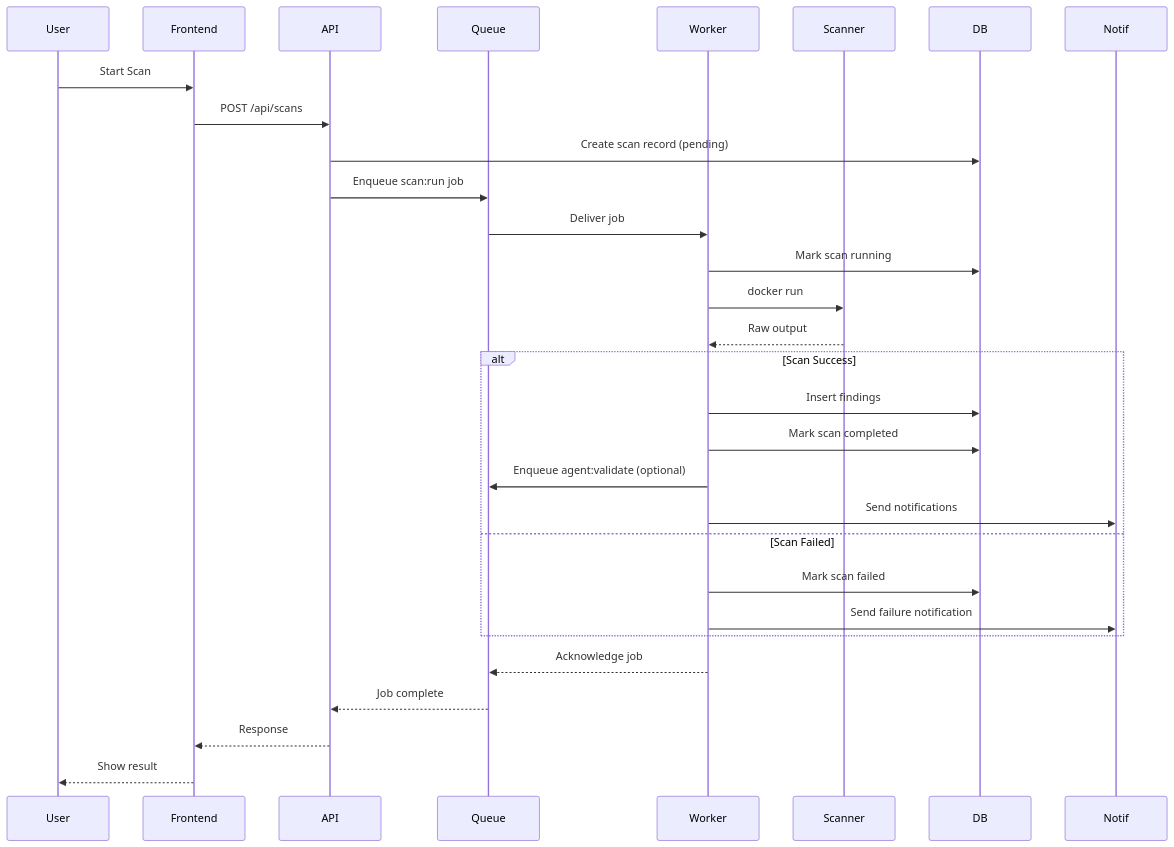
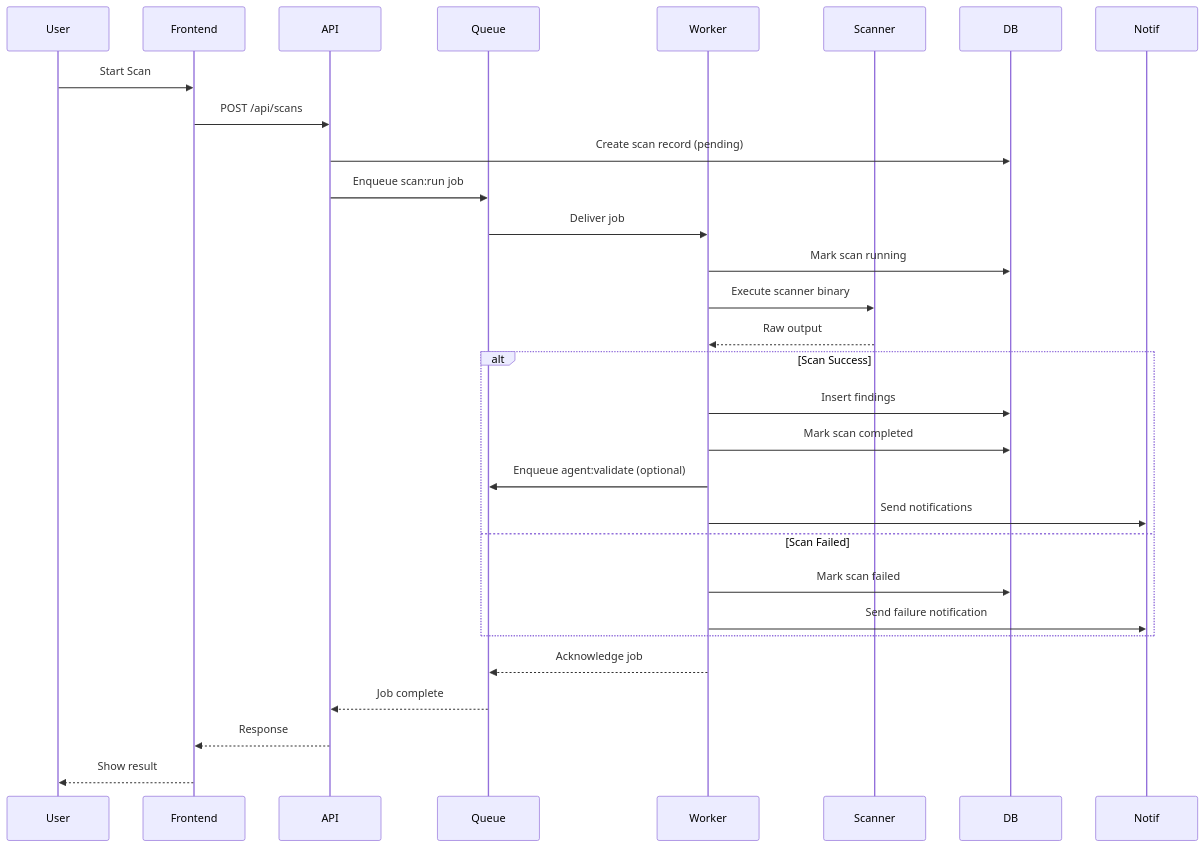
One commit to Dyallab/HenKaiPan-docs changed the third of 5 diagrams in src/app/architecture/queue-architecture.md. Above: the diagram before and after it, drawn with Mermaid. The commit also changed 4 other files, not shown here.

First line of the commit message:
docs: update architecture and operations for v1.5.0

````diff
--- a/src/app/architecture/queue-architecture.md
+++ b/src/app/architecture/queue-architecture.md
@@ -149,36 +149,36 @@
 ```mermaid
 sequenceDiagram
     participant User
     participant Frontend
     participant API
     participant Queue
     participant Worker
     participant Scanner
     participant DB
     participant Notif
 
     User->>Frontend: Start Scan
     Frontend->>API: POST /api/scans
     API->>DB: Create scan record (pending)
     API->>Queue: Enqueue scan:run job
     
     Queue->>Worker: Deliver job
     Worker->>DB: Mark scan running
-    Worker->>Scanner: docker run
+    Worker->>Scanner: Execute scanner binary
     Scanner-->>Worker: Raw output
     
     alt Scan Success
         Worker->>DB: Insert findings
         Worker->>DB: Mark scan completed
         Worker->>Queue: Enqueue agent:validate (optional)
         Worker->>Notif: Send notifications
     else Scan Failed
         Worker->>DB: Mark scan failed
         Worker->>Notif: Send failure notification
     end
     
     Worker-->>Queue: Acknowledge job
     Queue-->>API: Job complete
     API-->>Frontend: Response
     Frontend-->>User: Show result
 ```
````
